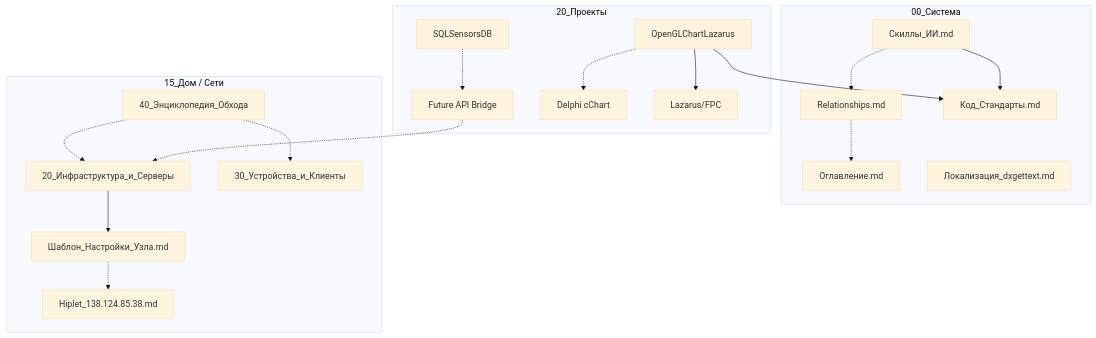
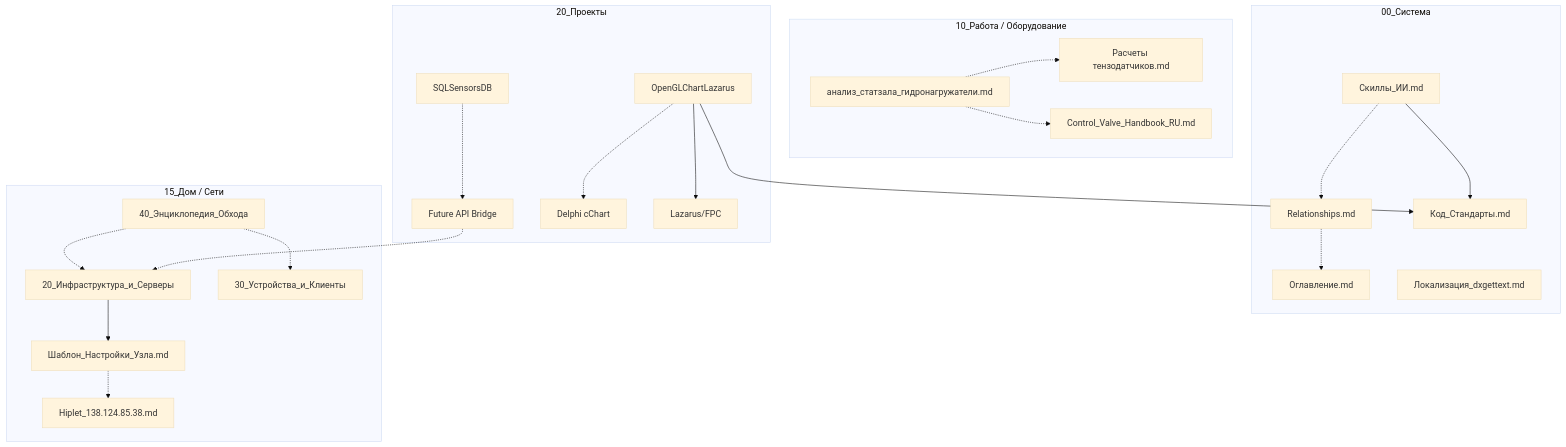
Before and after one commit to Oburec1985/AGrav: the diagram in 00_Система/Relationships.md, drawn with Mermaid (base theme). The commit also changed other lines of this file and 8 other files, not shown here.

````diff
--- a/00_Система/Relationships.md
+++ b/00_Система/Relationships.md
@@ -12,43 +12,51 @@
 ```mermaid
 graph TD
+    subgraph "10_Работа / Оборудование"
+        StaticHydroHall["анализ_статзала_гидронагружатели.md"]
+        SensorsCalc["Расчеты тензодатчиков.md"]
+        ControlValveBook["Control_Valve_Handbook_RU.md"]
+    end
+
     subgraph "00_Система"
         MainIndex["Оглавление.md"]
         Skills["Скиллы_ИИ.md"]
         RelMap["Relationships.md"]
         CodeStd["Код_Стандарты.md"]
         LocTool["Локализация_dxgettext.md"]
     end
 
     subgraph "15_Дом / Сети"
         Infrastructure["20_Инфраструктура_и_Серверы"]
         Devices["30_Устройства_и_Клиенты"]
         NodeTemp["Шаблон_Настройки_Узла.md"]
         Hiplet["Hiplet_138.124.85.38.md"]
         BypassWiki["40_Энциклопедия_Обхода"]
     end
 
     subgraph "20_Проекты"
         SQLSensors["SQLSensorsDB"]
         Bridge["Future API Bridge"]
         OglChart["OpenGLChartLazarus"]
         LegacyCChart["Delphi cChart"]
         LazarusFPC["Lazarus/FPC"]
     end
 
     %% Связи
     RelMap -.-> MainIndex
     Skills -.-> RelMap
     Skills --> CodeStd
+    StaticHydroHall -.-> SensorsCalc
+    StaticHydroHall -.-> ControlValveBook
     
     Infrastructure --> NodeTemp
     NodeTemp -.-> Hiplet
     
     SQLSensors -.-> Bridge
     Bridge -.-> Infrastructure
     OglChart -.-> LegacyCChart
     OglChart --> LazarusFPC
     OglChart --> CodeStd
     
     BypassWiki -.-> Devices
     BypassWiki -.-> Infrastructure
 ```
````
